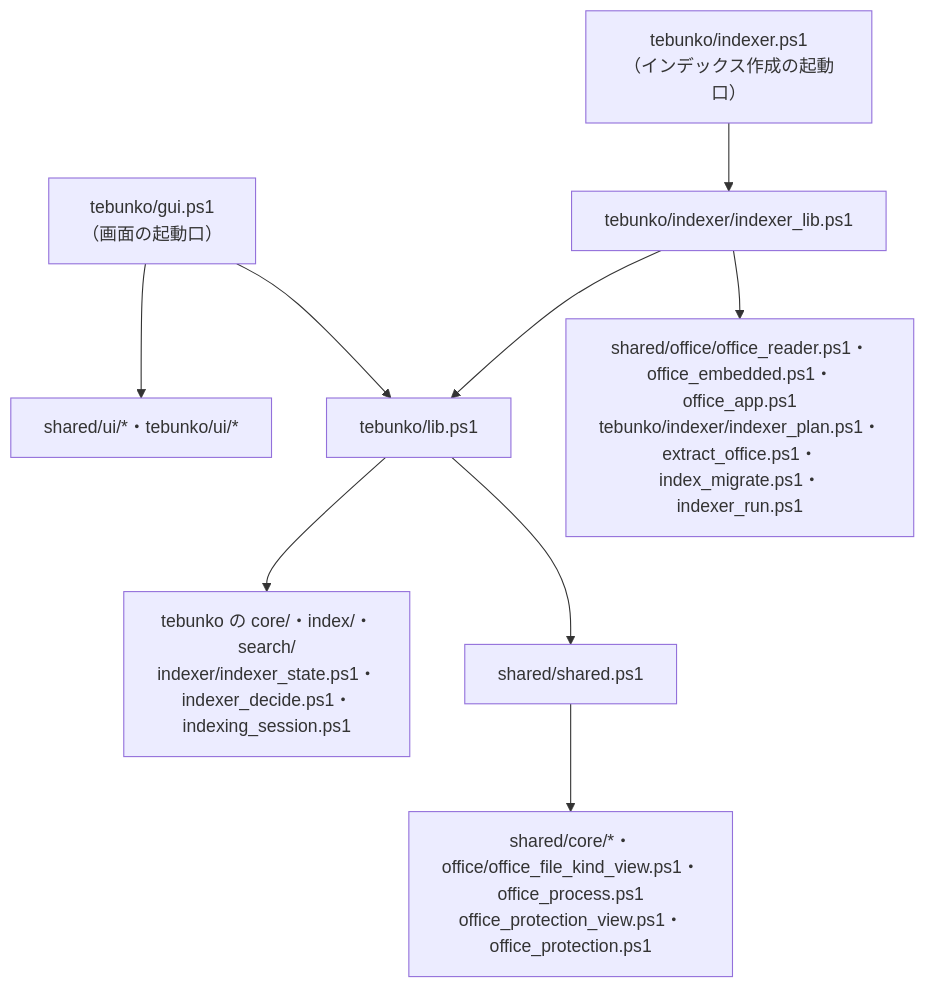
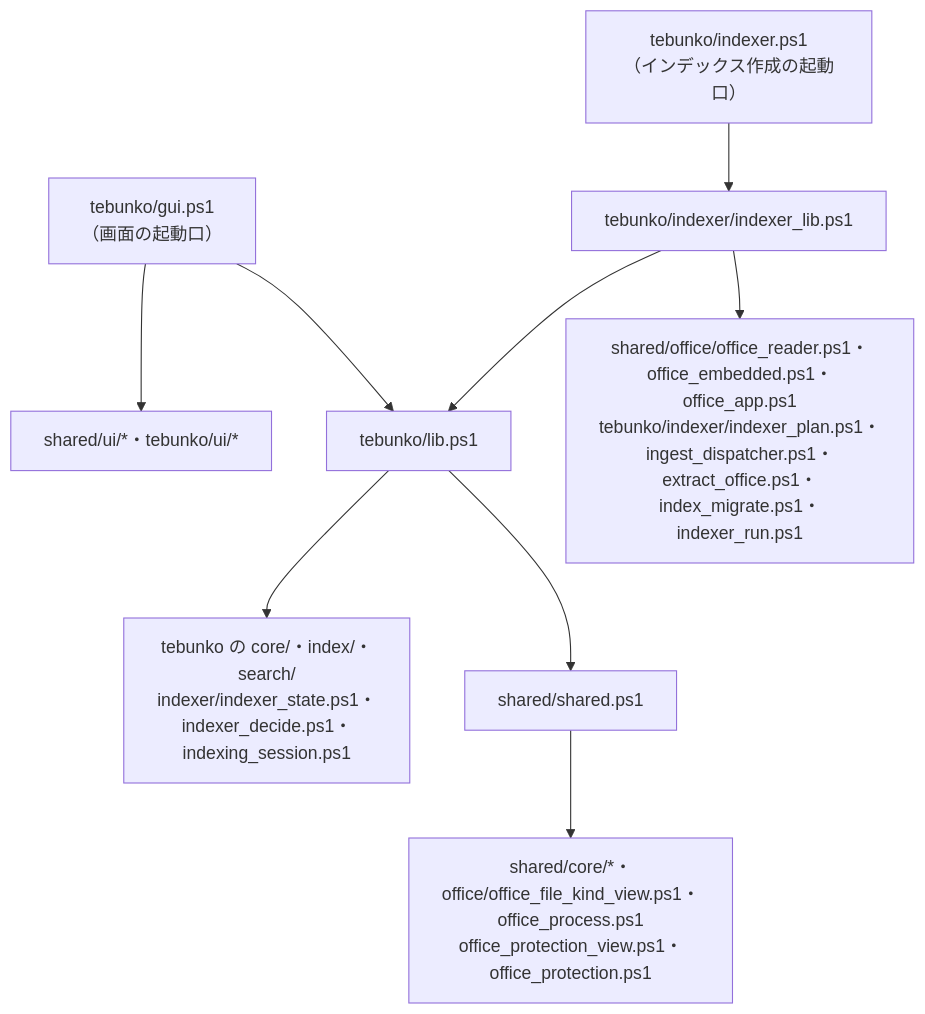
One commit to hsgwa/tebunko changed the fourth of 4 diagrams in docs/design/structure/source.md. Above: the diagram before and after it, drawn with Mermaid. The commit also changed other lines of this file and 5 other files, not shown here.

````diff
--- a/docs/design/structure/source.md
+++ b/docs/design/structure/source.md
@@ -154,11 +154,11 @@
 ```mermaid
 flowchart TD
     GUI["tebunko/gui.ps1<br>（画面の起動口）"] --> LIB
     IDX["tebunko/indexer.ps1<br>（インデックス作成の起動口）"]
     GUI --> UI["shared/ui/*・tebunko/ui/*"]
-    IDX --> IXL["tebunko/indexer/indexer_lib.ps1"] --> IXO["shared/office/office_reader.ps1・office_embedded.ps1・office_app.ps1<br>tebunko/indexer/indexer_plan.ps1・extract_office.ps1・index_migrate.ps1・indexer_run.ps1"]
+    IDX --> IXL["tebunko/indexer/indexer_lib.ps1"] --> IXO["shared/office/office_reader.ps1・office_embedded.ps1・office_app.ps1<br>tebunko/indexer/indexer_plan.ps1・ingest_dispatcher.ps1・extract_office.ps1・index_migrate.ps1・indexer_run.ps1"]
     IXL --> LIB
     LIB["tebunko/lib.ps1"] --> SH["shared/shared.ps1"]
     LIB --> TG["tebunko の core/・index/・search/<br>indexer/indexer_state.ps1・indexer_decide.ps1・indexing_session.ps1"]
     SH --> SC["shared/core/*・office/office_file_kind_view.ps1・office_process.ps1<br>office_protection_view.ps1・office_protection.ps1"]
 ```
````
